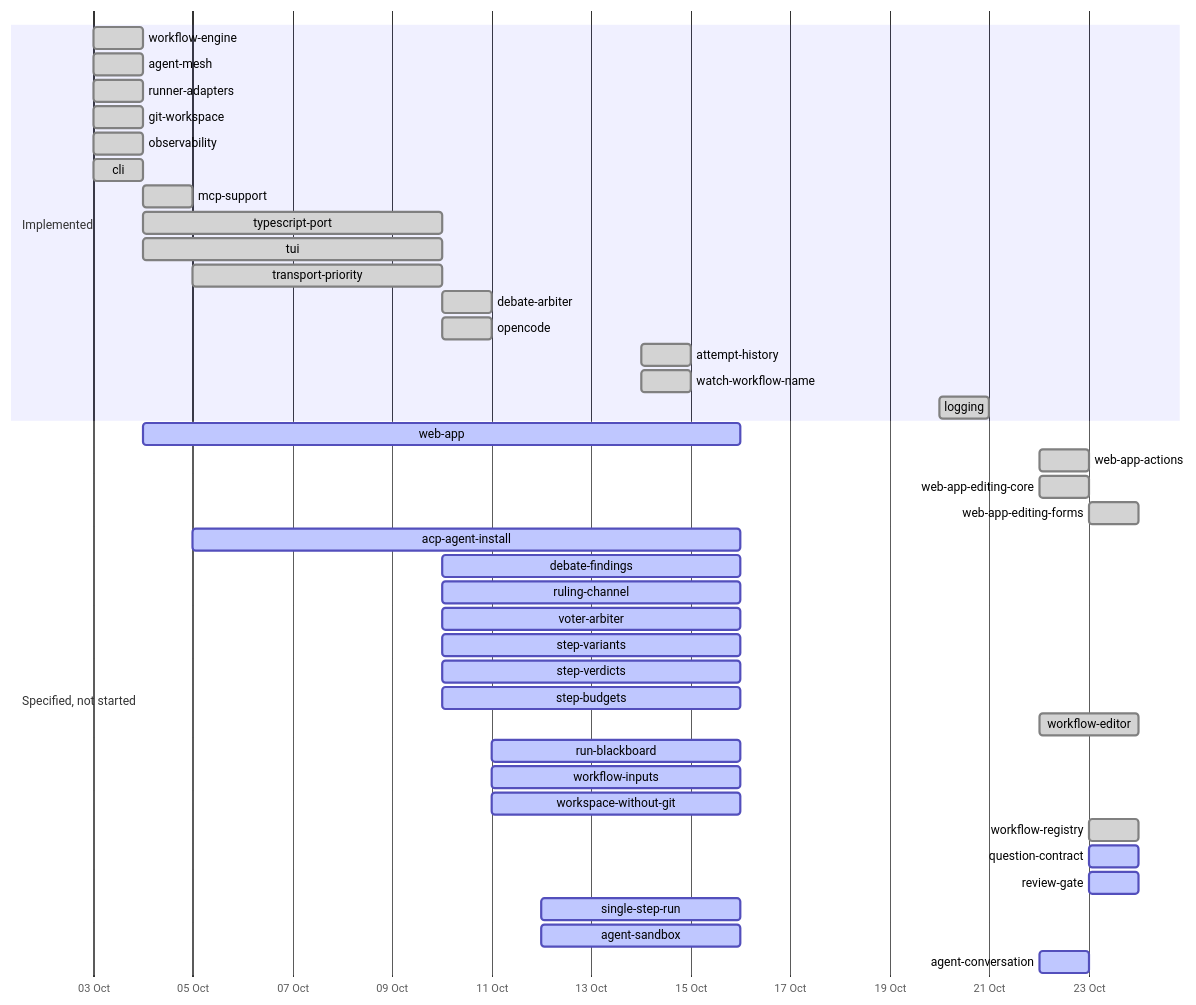
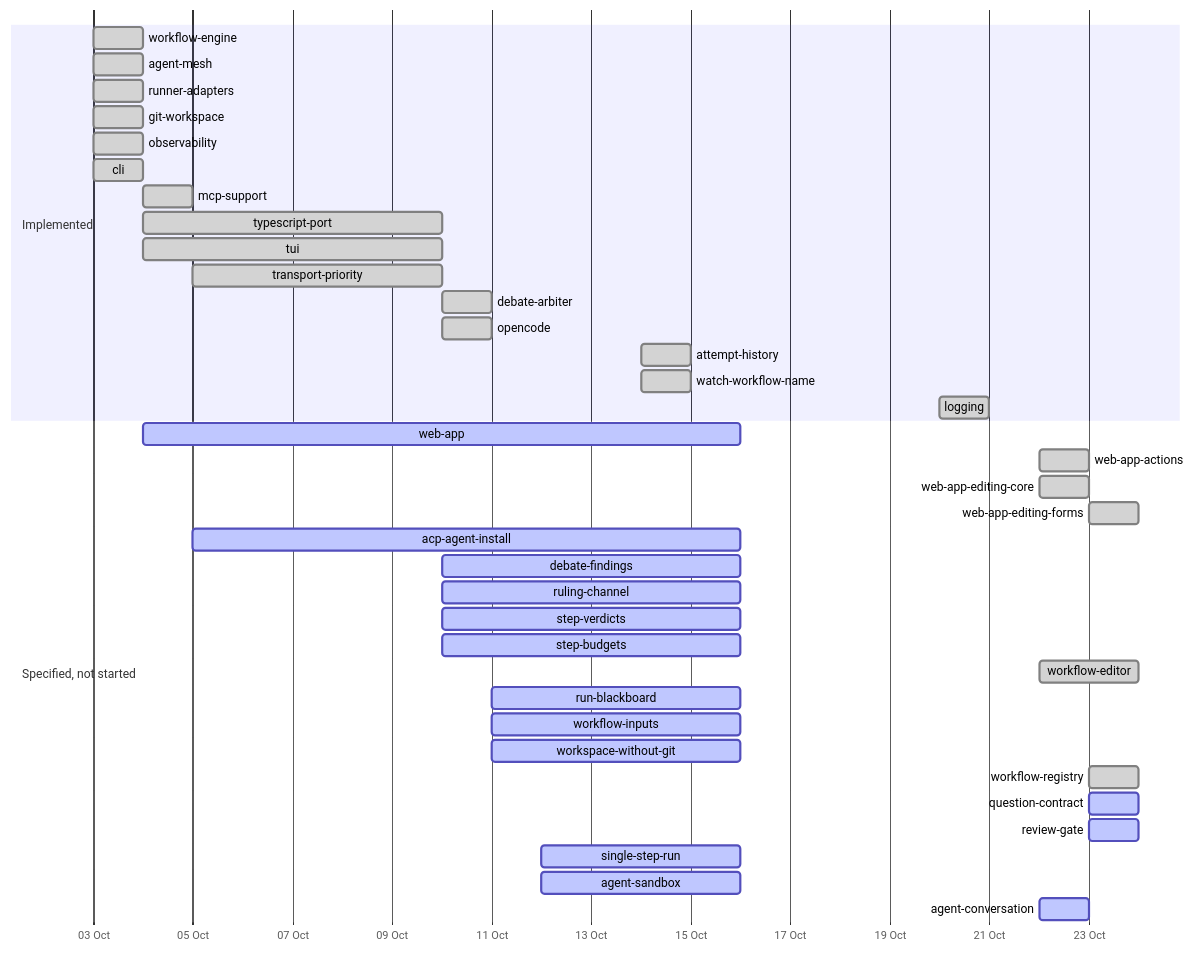
Before and after one commit to yaotzin1/indaba: the second of 2 diagrams in specs/DEPENDENCY_MAP.md, drawn with Mermaid. The commit also changed other lines of this file and 20 other files, not shown here.

First line of the commit message:
docs: move the voter arbiter and step variants specifications to the private repository (#75)

````diff
--- a/specs/DEPENDENCY_MAP.md
+++ b/specs/DEPENDENCY_MAP.md
@@ -71,43 +71,41 @@
 ```mermaid
 gantt
     dateFormat YYYY-MM-DD
     axisFormat %d %b
     section Implemented
     workflow-engine        :done, 2026-10-03, 2026-10-04
     agent-mesh             :done, 2026-10-03, 2026-10-04
     runner-adapters        :done, 2026-10-03, 2026-10-04
     git-workspace          :done, 2026-10-03, 2026-10-04
     observability          :done, 2026-10-03, 2026-10-04
     cli                    :done, 2026-10-03, 2026-10-04
     mcp-support            :done, 2026-10-04, 1d
     typescript-port        :done, 2026-10-04, 2026-10-10
     tui                    :done, 2026-10-04, 2026-10-10
     transport-priority     :done, 2026-10-05, 2026-10-10
     debate-arbiter         :done, 2026-10-10, 1d
     opencode               :done, 2026-10-10, 1d
     attempt-history        :done, 2026-10-14, 1d
     watch-workflow-name    :done, 2026-10-14, 1d
     logging                :done, 2026-10-20, 2026-10-21
     section Specified, not started
     web-app                :active, 2026-10-04, 2026-10-16
     web-app-actions        :done, 2026-10-22, 1d
     web-app-editing-core   :done, 2026-10-22, 1d
     web-app-editing-forms  :done, 2026-10-23, 1d
     acp-agent-install      :active, 2026-10-05, 2026-10-16
     debate-findings        :active, 2026-10-10, 2026-10-16
     ruling-channel         :active, 2026-10-10, 2026-10-16
-    voter-arbiter          :active, 2026-10-10, 2026-10-16
-    step-variants          :active, 2026-10-10, 2026-10-16
     step-verdicts          :active, 2026-10-10, 2026-10-16
     step-budgets           :active, 2026-10-10, 2026-10-16
     workflow-editor        :done, 2026-10-22, 2d
     run-blackboard         :active, 2026-10-11, 2026-10-16
     workflow-inputs        :active, 2026-10-11, 2026-10-16
     workspace-without-git  :active, 2026-10-11, 2026-10-16
     workflow-registry      :done, 2026-10-23, 1d
     question-contract      :active, 2026-10-23, 2026-10-24
     review-gate            :active, 2026-10-23, 2026-10-24
     single-step-run        :active, 2026-10-12, 2026-10-16
     agent-sandbox          :active, 2026-10-12, 2026-10-16
     agent-conversation     :active, 2026-10-22, 2026-10-23
 ```
````
